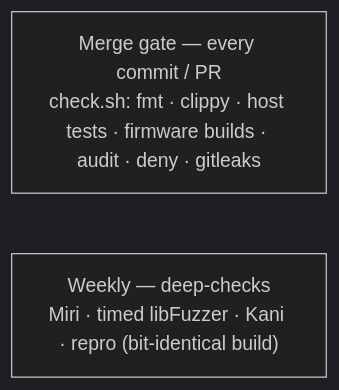
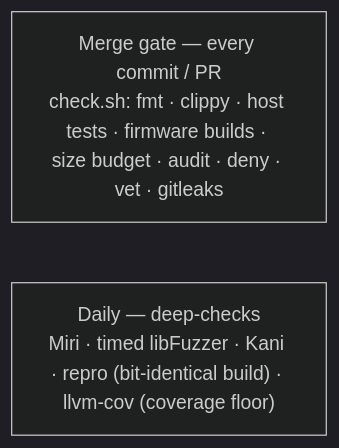
Before and after one commit to lockedmutex/RS-Key: the second of 2 diagrams in docs/testing.md, drawn with Mermaid (dark theme). The commit also changed other lines of this file and 2 other files, not shown here.

First line of the commit message:
docs: document the size budget, daily coverage, and metrics.sh

````diff
--- a/docs/testing.md
+++ b/docs/testing.md
@@ -272,6 +274,6 @@
 ```mermaid
 flowchart TB
-    a["Merge gate — every commit / PR<br/>check.sh: fmt · clippy · host tests · firmware builds · audit · deny · gitleaks"]
-    b["Weekly — deep-checks<br/>Miri · timed libFuzzer · Kani · repro (bit-identical build)"]
+    a["Merge gate — every commit / PR<br/>check.sh: fmt · clippy · host tests · firmware builds · size budget · audit · deny · vet · gitleaks"]
+    b["Daily — deep-checks<br/>Miri · timed libFuzzer · Kani · repro (bit-identical build) · llvm-cov (coverage floor)"]
     a ~~~ b
 ```
````
